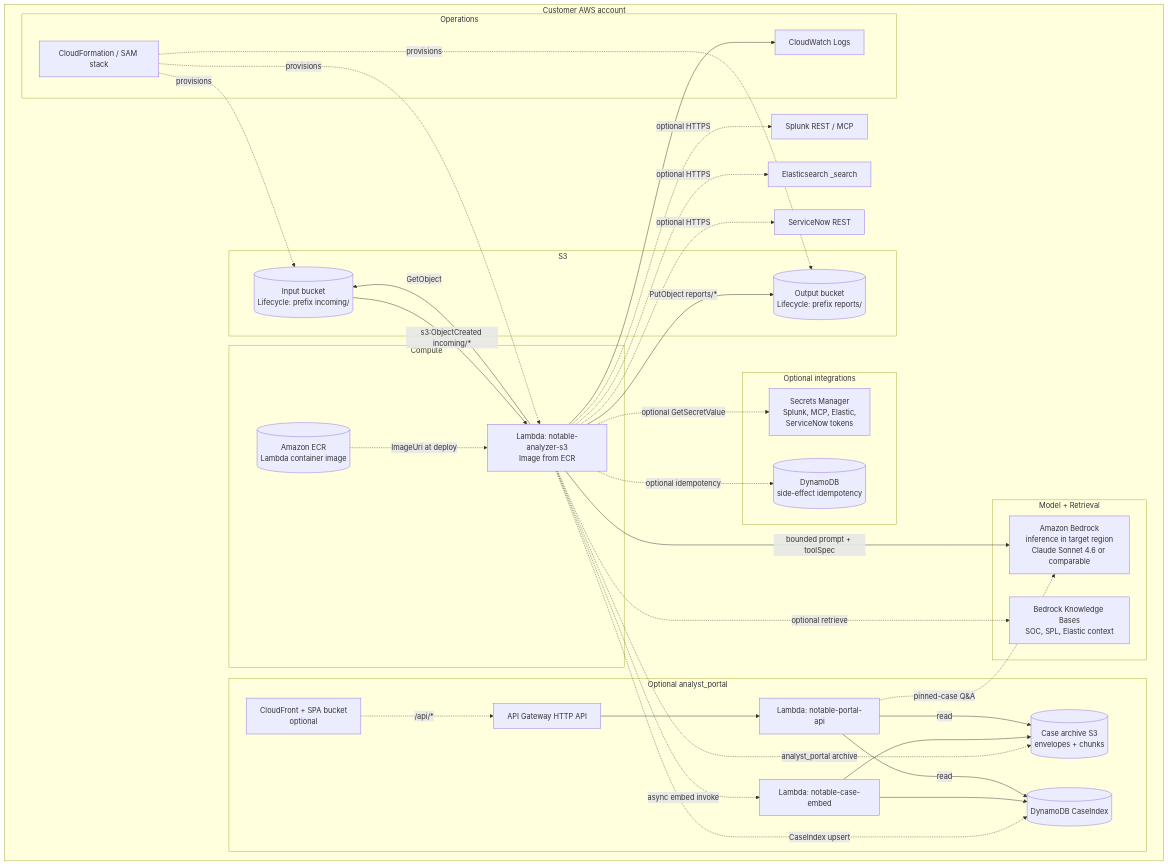
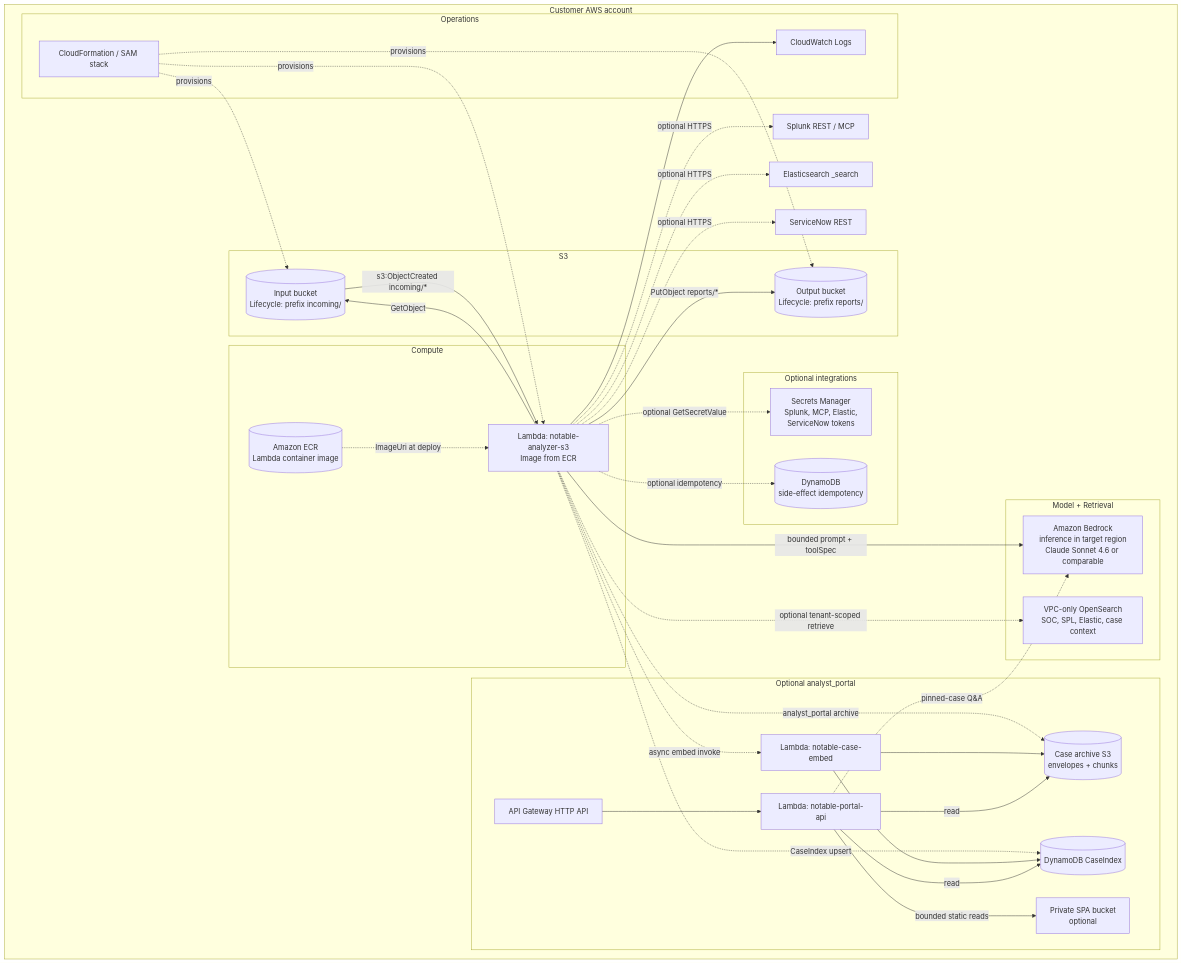
Before and after one commit to dreyna001/llm_notable_analysis: the third of 4 diagrams in s3_notable_pipeline_commercial/docs/delivery_package/end_to_end_diagrams/END_TO_END_DIAGRAMS.md, drawn with Mermaid. The commit also changed other lines of this file and 73 other files, not shown here.

````diff
--- a/s3_notable_pipeline_commercial/docs/delivery_package/end_to_end_diagrams/END_TO_END_DIAGRAMS.md
+++ b/s3_notable_pipeline_commercial/docs/delivery_package/end_to_end_diagrams/END_TO_END_DIAGRAMS.md
@@ -159,64 +159,64 @@
 ```mermaid
 flowchart TB
   subgraph Account["Customer AWS account"]
     subgraph Storage["S3"]
       BIN[("Input bucket<br/>Lifecycle: prefix incoming/")]
       BOUT[("Output bucket<br/>Lifecycle: prefix reports/")]
     end
 
     subgraph Compute["Compute"]
       ECR[(Amazon ECR<br/>Lambda container image)]
       FN[Lambda: notable-analyzer-s3<br/>Image from ECR]
     end
 
     subgraph AI["Model + Retrieval"]
       BR[Amazon Bedrock<br/>inference in target region<br/>Claude Sonnet 4.6 or comparable]
-      KB[Bedrock Knowledge Bases<br/>SOC, SPL, Elastic context]
+      KB[VPC-only OpenSearch<br/>SOC, SPL, Elastic, case context]
     end
 
     subgraph Secret["Optional integrations"]
       SM[Secrets Manager<br/>Splunk, MCP, Elastic,<br/>ServiceNow tokens]
       DDB[(DynamoDB<br/>side-effect idempotency)]
     end
 
     subgraph Portal["Optional analyst_portal"]
       CIDX[(DynamoDB CaseIndex)]
       CARC[(Case archive S3<br/>envelopes + chunks)]
       PEMB[Lambda: notable-case-embed]
       PLAM[Lambda: notable-portal-api]
       APIGW[API Gateway HTTP API]
-      CF[CloudFront + SPA bucket<br/>optional]
+      UI[Private SPA bucket<br/>optional]
     end
 
     subgraph Ops["Operations"]
       CW[CloudWatch Logs]
       CFN[CloudFormation / SAM stack]
     end
 
     BIN -->|s3:ObjectCreated incoming/*| FN
     FN -->|GetObject| BIN
     FN -->|PutObject reports/*| BOUT
     FN -->|bounded prompt + toolSpec| BR
-    FN -. optional retrieve .-> KB
+    FN -. optional tenant-scoped retrieve .-> KB
     FN -. optional GetSecretValue .-> SM
     FN -. optional idempotency .-> DDB
     FN -. optional HTTPS .-> SPL[Splunk REST / MCP]
     FN -. optional HTTPS .-> ES[Elasticsearch _search]
     FN -. optional HTTPS .-> SN[ServiceNow REST]
     FN -. analyst_portal archive .-> CARC
     FN -. CaseIndex upsert .-> CIDX
     FN -. async embed invoke .-> PEMB
     PEMB --> CARC
     PEMB --> CIDX
     PLAM -->|read| CIDX
     PLAM -->|read| CARC
     PLAM -. pinned-case Q&A .-> BR
     APIGW --> PLAM
-    CF -. /api/* .-> APIGW
+    PLAM -->|bounded static reads| UI
     FN --> CW
     CFN -. provisions .-> BIN
     CFN -. provisions .-> BOUT
     CFN -. provisions .-> FN
     ECR -. ImageUri at deploy .-> FN
   end
 ```
````
